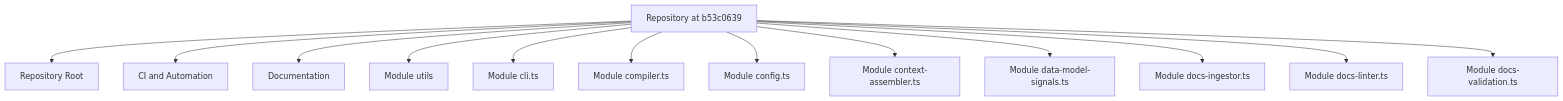
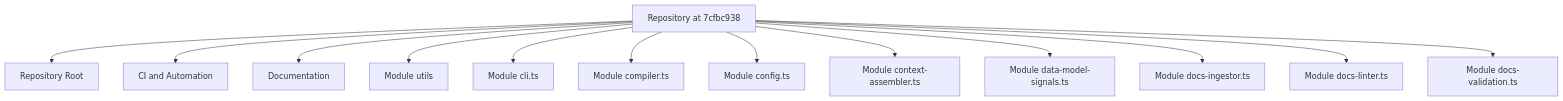
Before and after one commit to mfittko/repo-wiki: the diagram in smoke/pr-52/Architecture.md, drawn with Mermaid. The commit also changed other lines of this file and 43 other files, not shown here.

````diff
--- a/smoke/pr-52/Architecture.md
+++ b/smoke/pr-52/Architecture.md
@@ -14,16 +14,16 @@
 ```mermaid
 flowchart TD
-  Repo[Repository at b53c0639]
+  Repo[Repository at 7cfbc938]
   Repo --> M0[Repository Root]
   Repo --> M1[CI and Automation]
   Repo --> M2[Documentation]
   Repo --> M3[Module utils]
   Repo --> M4[Module cli.ts]
   Repo --> M5[Module compiler.ts]
   Repo --> M6[Module config.ts]
   Repo --> M7[Module context-assembler.ts]
   Repo --> M8[Module data-model-signals.ts]
   Repo --> M9[Module docs-ingestor.ts]
   Repo --> M10[Module docs-linter.ts]
   Repo --> M11[Module docs-validation.ts]
 ```
````
